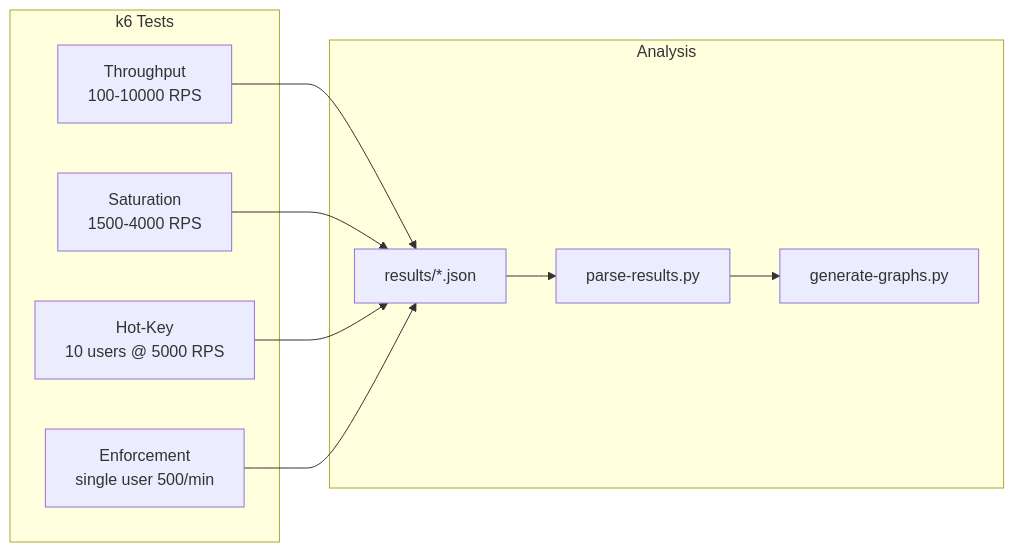
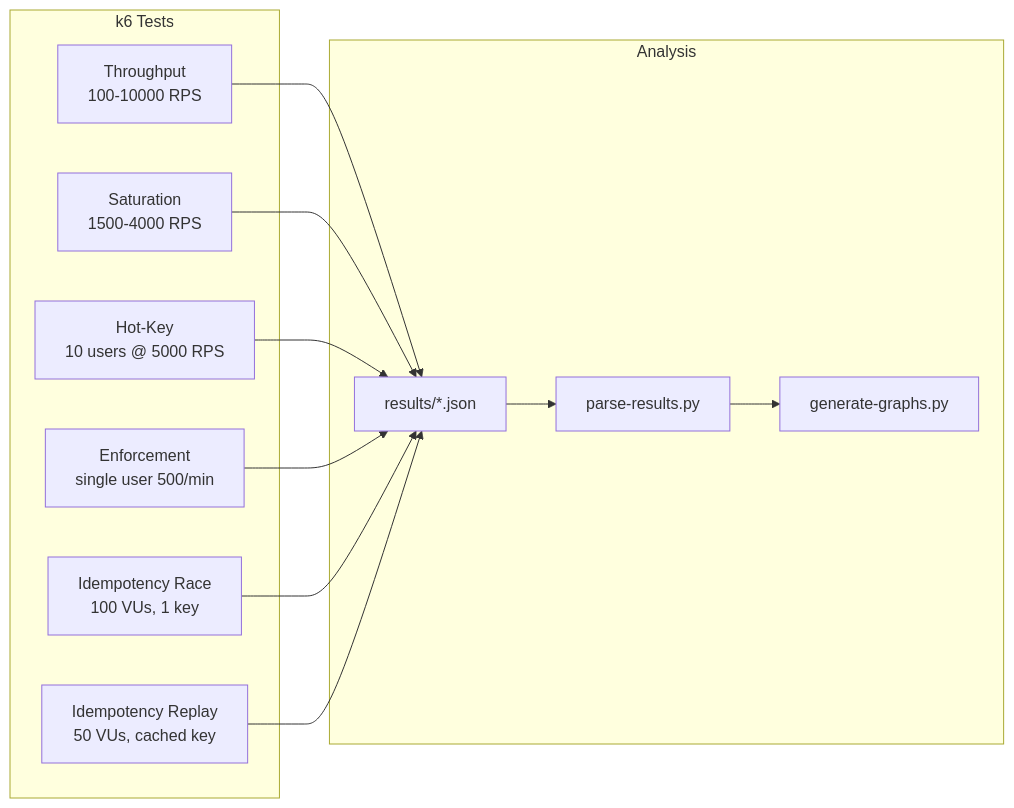
Diagram 17 of 18 in README.md (RUDRA-PRATAP-SINGH01/Distributed-rate-limiter), drawn with Mermaid before and after one commit. The commit also changed other lines of this file and 25 other files, not shown here.

````diff
--- a/README.md
+++ b/README.md
@@ -637,22 +841,26 @@
 ```mermaid
 flowchart LR
     subgraph tests [k6 Tests]
         T1[Throughput<br/>100-10000 RPS]
         T2[Saturation<br/>1500-4000 RPS]
         T3[Hot-Key<br/>10 users @ 5000 RPS]
         T4[Enforcement<br/>single user 500/min]
+        T5[Idempotency Race<br/>100 VUs, 1 key]
+        T6[Idempotency Replay<br/>50 VUs, cached key]
     end
 
     subgraph output [Analysis]
         JSON[results/*.json]
         PARSE[parse-results.py]
         GRAPHS[generate-graphs.py]
     end
 
     T1 --> JSON
     T2 --> JSON
     T3 --> JSON
     T4 --> JSON
+    T5 --> JSON
+    T6 --> JSON
     JSON --> PARSE
     PARSE --> GRAPHS
 ```
````
